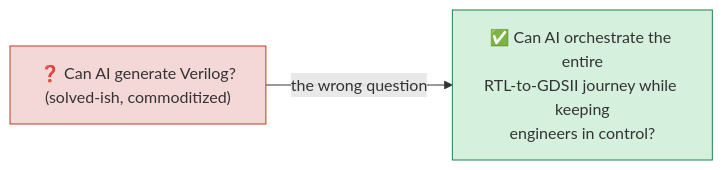
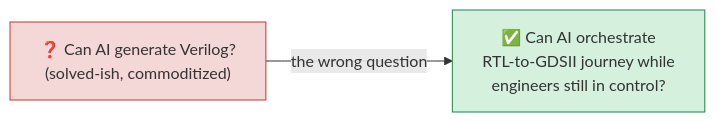
One commit to radhian/Chip-Orchestra changed the first of 10 diagrams in docs/platform_x_amd_deck.md. Above: the diagram before and after it, drawn with Mermaid. The commit also changed other lines of this file, not shown here.

````diff
--- a/docs/platform_x_amd_deck.md
+++ b/docs/platform_x_amd_deck.md
@@ -40,8 +37,8 @@
 ```mermaid
 flowchart LR
     Q1["❓ Can AI generate Verilog?<br/>(solved-ish, commoditized)"]
-    Q2["✅ Can AI orchestrate the entire<br/>RTL-to-GDSII journey while keeping<br/>engineers in control?"]
+    Q2["✅ Can AI orchestrate<br/>RTL-to-GDSII journey while<br/>engineers still in control?"]
     Q1 -->|"the wrong question"| Q2
     style Q1 fill:#f4d7d7,stroke:#c0392b
     style Q2 fill:#d5f0dd,stroke:#1e8449
 ```
````
